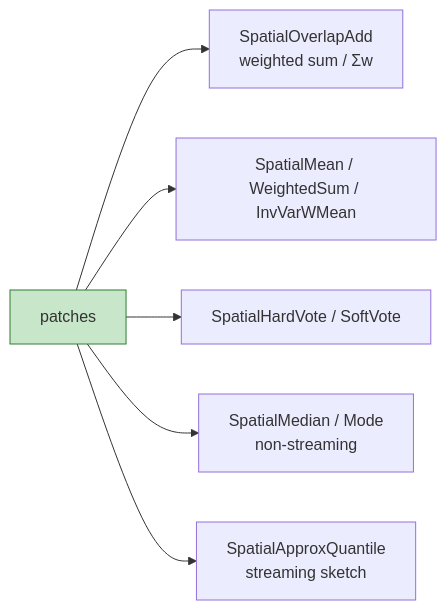
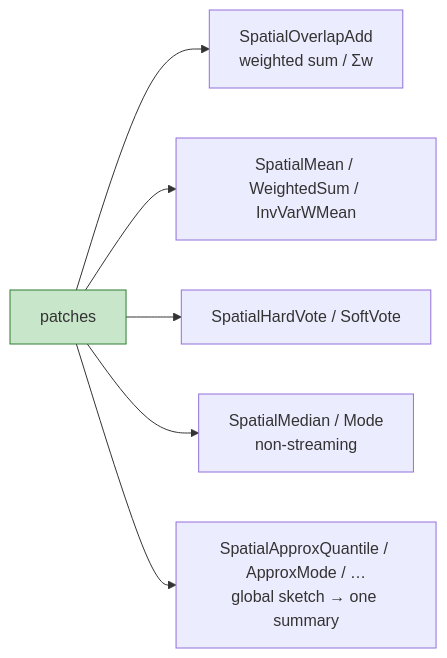
One commit to jejjohnson/geotoolz changed the fifth of 5 diagrams in docs/patcher/concepts.md. Above: the diagram before and after it, drawn with Mermaid. The commit also changed other lines of this file and 6 other files, not shown here.

````diff
--- a/docs/patcher/concepts.md
+++ b/docs/patcher/concepts.md
@@ -85,9 +85,9 @@
 ```mermaid
 flowchart LR
     P[patches] --> OA[SpatialOverlapAdd<br/>weighted sum / Σw]
     P --> MN[SpatialMean / WeightedSum / InvVarWMean]
     P --> HV[SpatialHardVote / SoftVote]
     P --> MD[SpatialMedian / Mode<br/>non-streaming]
-    P --> AX[SpatialApproxQuantile<br/>streaming sketch]
+    P --> AX[SpatialApproxQuantile / ApproxMode / …<br/>global sketch → one summary]
     style P fill:#c8e6c9,stroke:#2e7d32
 ```
````
